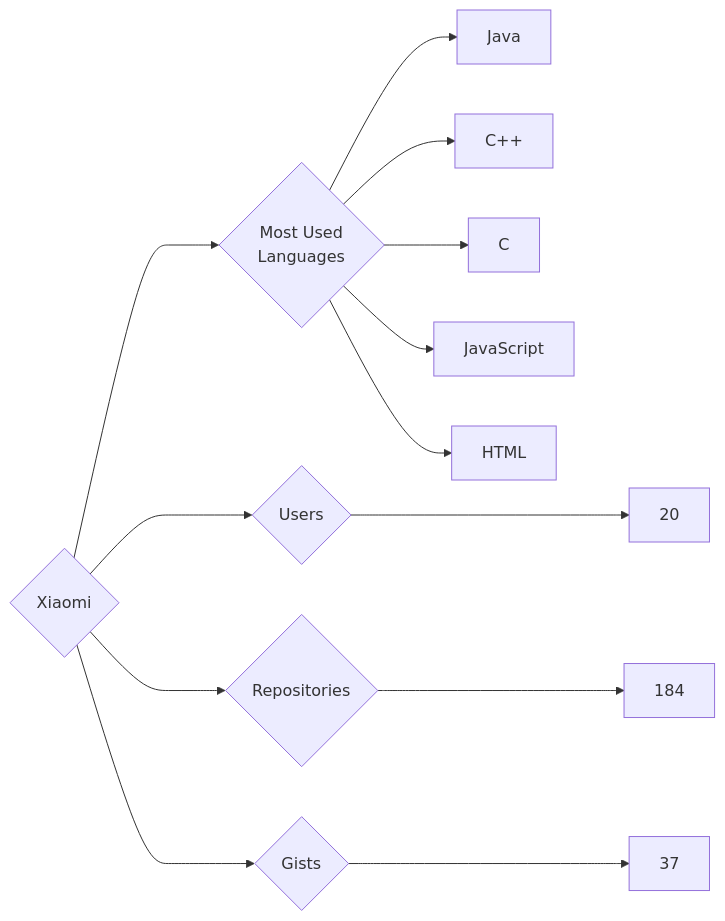
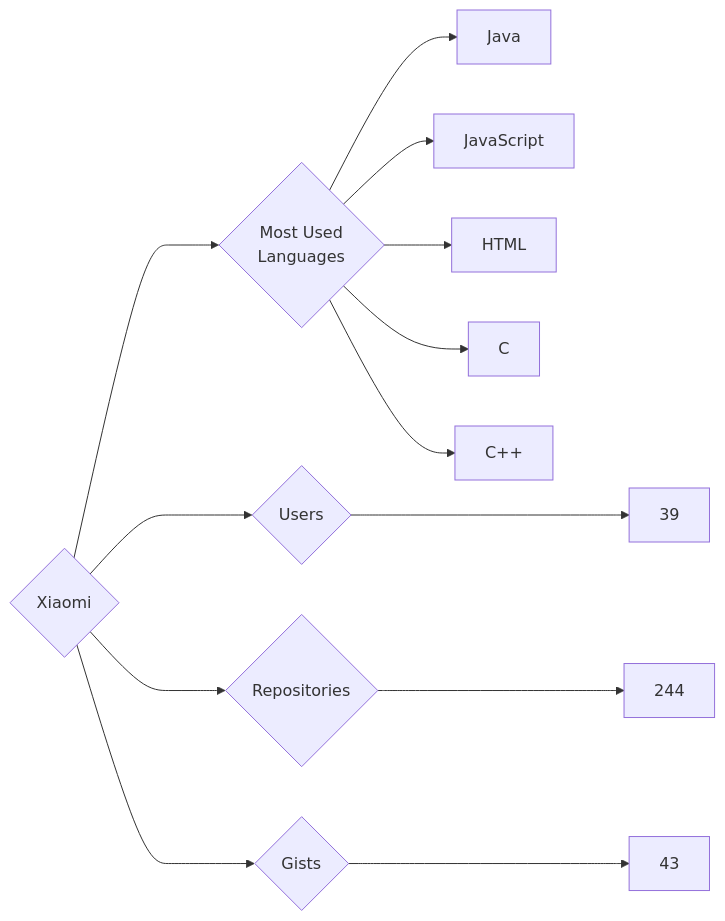
The diagram in targets/Xiaomi/README.md (trickest/insiders), drawn with Mermaid before and after one commit. The commit also changed 1011 other files, not shown here.

````diff
--- a/targets/Xiaomi/README.md
+++ b/targets/Xiaomi/README.md
@@ -3,13 +3,13 @@
 ```mermaid
 graph LR
 COMPANY_NAME{Xiaomi}
-COMPANY_NAME ---> U{Users} ---> UN[20]
-COMPANY_NAME ---> R{Repositories} ---> RN[184]
-COMPANY_NAME ---> G{Gists} ---> GN[37]
+COMPANY_NAME ---> U{Users} ---> UN[39]
+COMPANY_NAME ---> R{Repositories} ---> RN[244]
+COMPANY_NAME ---> G{Gists} ---> GN[43]
 COMPANY_NAME ---> ML{Most Used<br>Languages}
 ML --> Java[Java]
-ML --> C++[C++]
-ML --> C[C]
 ML --> JavaScript[JavaScript]
 ML --> HTML[HTML]
+ML --> C[C]
+ML --> C++[C++]
 ```
````
